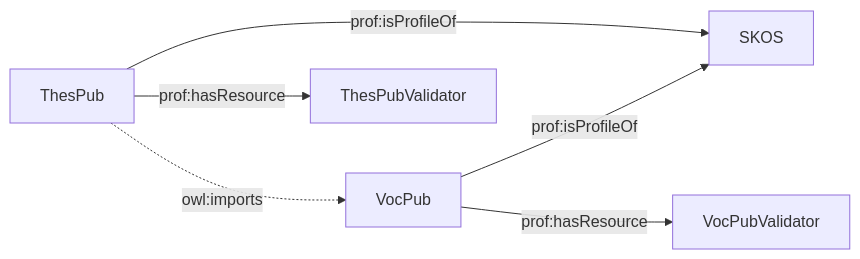
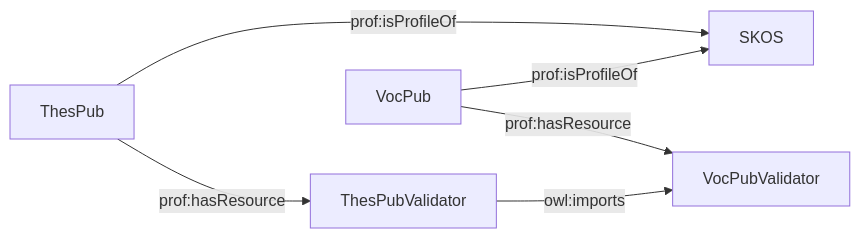
Before and after one commit to leskneebone/thespub: the second of 2 diagrams in README.md, drawn with Mermaid.

````diff
--- a/README.md
+++ b/README.md
@@ -35,8 +35,8 @@
 ```mermaid
 flowchart LR
   ThesPub -->|prof:isProfileOf| SKOS
   VocPub -->|prof:isProfileOf| SKOS
-  ThesPub -.->|owl:imports| VocPub
   VocPub -->|prof:hasResource| VocPubValidator
   ThesPub -->|prof:hasResource| ThesPubValidator
+  ThesPubValidator -->|owl:imports| VocPubValidator
 ```
````
